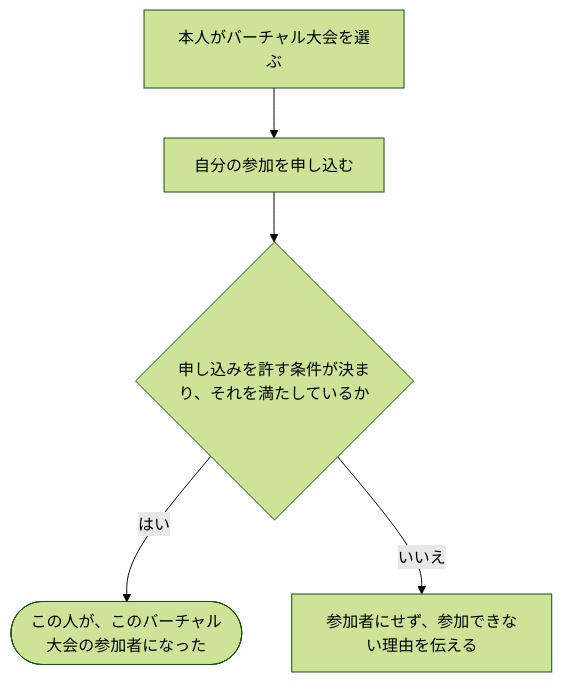
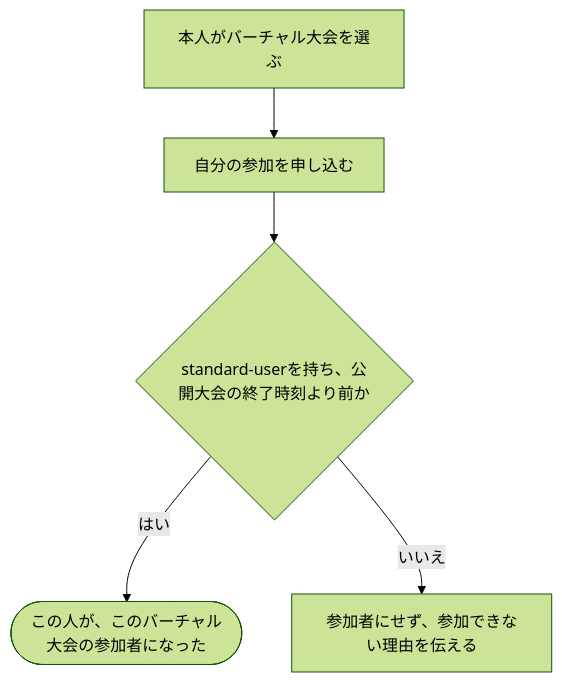
The diagram in docs/requirements/scenarios/permissions/join-virtual-contest.md (traP-jp/traOJudge), drawn with Mermaid (forest theme) before and after one commit. The commit also changed other lines of this file and 69 other files, not shown here.

````diff
--- a/docs/requirements/scenarios/permissions/join-virtual-contest.md
+++ b/docs/requirements/scenarios/permissions/join-virtual-contest.md
@@ -26,7 +26,7 @@
 ```mermaid
 flowchart TD
     A["本人がバーチャル大会を選ぶ"] --> B["自分の参加を申し込む"]
-    B --> C{"申し込みを許す条件が決まり、それを満たしているか"}
+    B --> C{"standard-userを持ち、公開大会の終了時刻より前か"}
     C -->|はい| D(["この人が、このバーチャル大会の参加者になった"])
     C -->|いいえ| E["参加者にせず、参加できない理由を伝える"]
 ```
````
